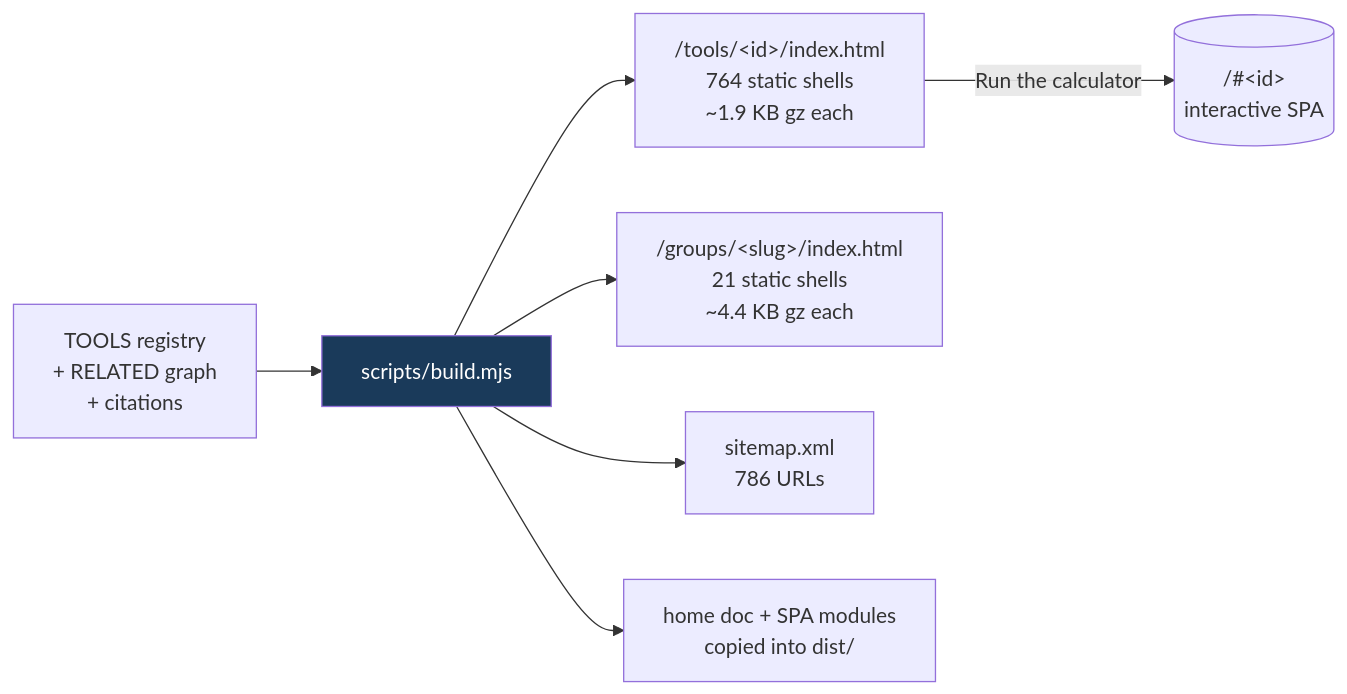
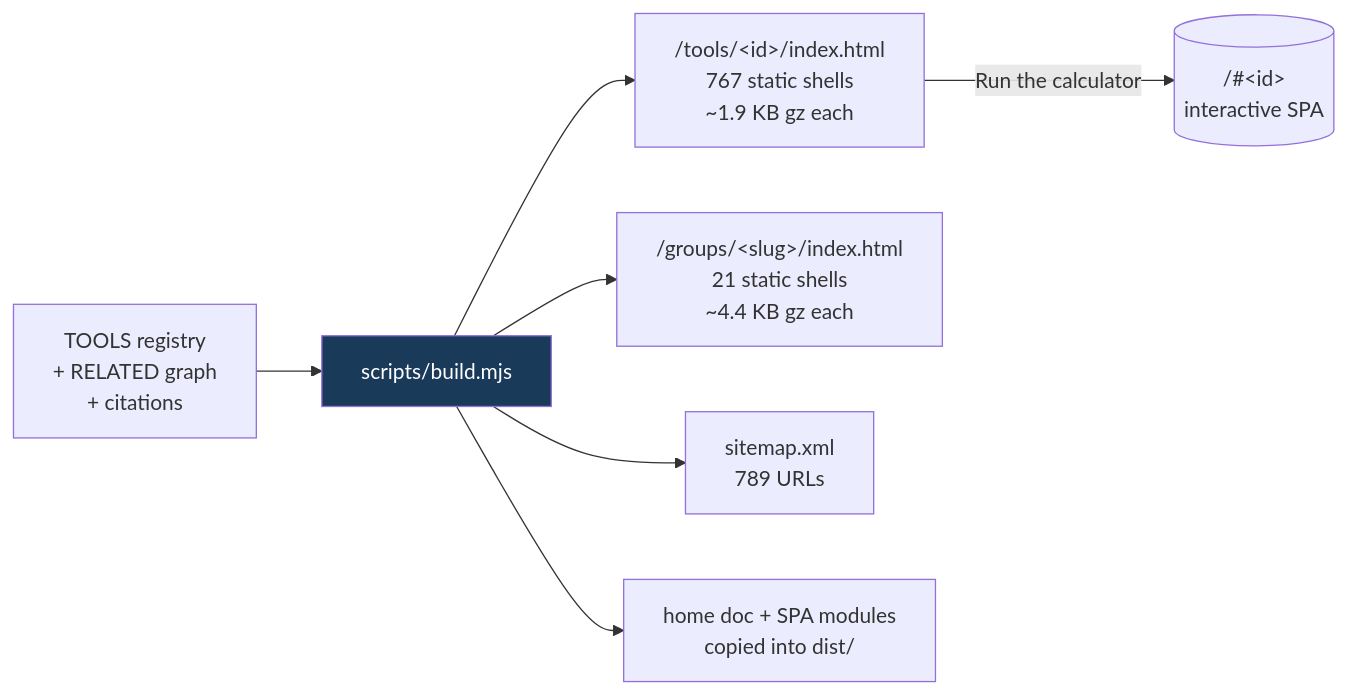
The fifth of 8 diagrams in README.md (clay-good/roughlogic.com), drawn with Mermaid before and after one commit. The commit also changed other lines of this file and 18 other files, not shown here.

````diff
--- a/README.md
+++ b/README.md
@@ -495,10 +495,10 @@
 ```mermaid
 flowchart LR
     SRC[TOOLS registry\n+ RELATED graph\n+ citations] --> BUILD[scripts/build.mjs]
-    BUILD --> TILE["/tools/&lt;id&gt;/index.html\n764 static shells\n~1.9 KB gz each"]
+    BUILD --> TILE["/tools/&lt;id&gt;/index.html\n767 static shells\n~1.9 KB gz each"]
     BUILD --> GROUP["/groups/&lt;slug&gt;/index.html\n21 static shells\n~4.4 KB gz each"]
-    BUILD --> MAP["sitemap.xml\n786 URLs"]
+    BUILD --> MAP["sitemap.xml\n789 URLs"]
     BUILD --> COPY[home doc + SPA modules\ncopied into dist/]
     TILE -->|Run the calculator| SPA[("/#&lt;id&gt;\ninteractive SPA")]
     style BUILD fill:#1a3a5a,color:#fff
 ```
````
